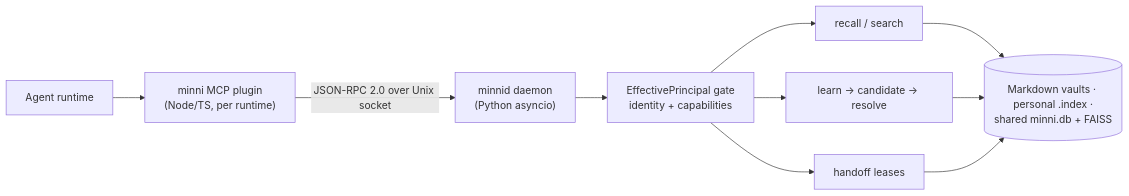
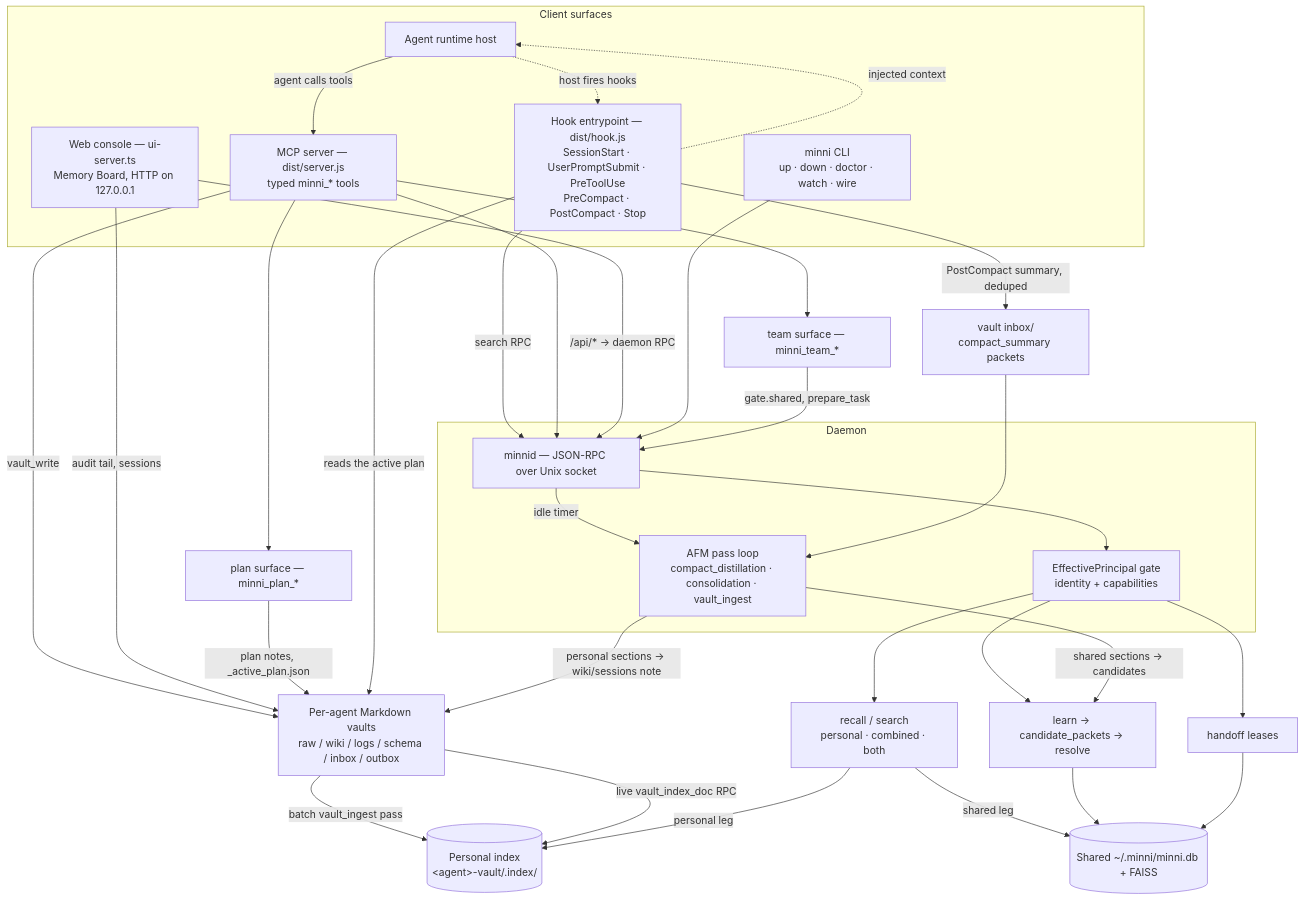
One commit to infektyd/minni changed the diagram in docs/architecture.md. Above: the diagram before and after it, drawn with Mermaid. The commit also changed other lines of this file and 1 other file, not shown here.

First paragraph of the commit message:
docs(readme): apply the 2026-08-01 audit and redesign the architecture diagram
Applies the accepted findings from the readme-audit run and, per the operator's
emphasis, rebuilds the Mermaid flowchart against the discovered topology.

````diff
--- a/docs/architecture.md
+++ b/docs/architecture.md
@@ -5,12 +12,59 @@
 ```mermaid
-flowchart LR
-    Agent["Agent runtime"] --> Plugin["minni MCP plugin<br/>(Node/TS, per runtime)"]
-    Plugin -->|JSON-RPC 2.0 over Unix socket| Daemon["minnid daemon<br/>(Python asyncio)"]
-    Daemon --> Gate["EffectivePrincipal gate<br/>identity + capabilities"]
-    Gate --> Recall["recall / search"]
-    Gate --> Learn["learn → candidate → resolve"]
-    Gate --> Handoff["handoff leases"]
-    Recall --> Stores[("Markdown vaults · personal .index ·<br/>shared minni.db + FAISS")]
-    Learn --> Stores
-    Handoff --> Stores
+flowchart TD
+    subgraph Clients["Client surfaces"]
+      Host["Agent runtime host"]
+      Hooks["Hook entrypoint — dist/hook.js<br/>SessionStart · UserPromptSubmit · PreToolUse<br/>PreCompact · PostCompact · Stop"]
+      Plugin["MCP server — dist/server.js<br/>typed minni_* tools"]
+      Console["Web console — ui-server.ts<br/>Memory Board, HTTP on 127.0.0.1"]
+      CLI["minni CLI<br/>up · down · doctor · watch · wire"]
+    end
+
+    subgraph Core["Daemon"]
+      Daemon["minnid — JSON-RPC over Unix socket"]
+      Gate["EffectivePrincipal gate<br/>identity + capabilities"]
+      AFM["AFM pass loop<br/>compact_distillation · consolidation · vault_ingest"]
+    end
+
+    Retrieval["recall / search<br/>personal · combined · both"]
+    Governance["learn → candidate_packets → resolve"]
+    Handoff["handoff leases"]
+    Plans["plan surface — minni_plan_*"]
+    Team["team surface — minni_team_*"]
+
+    Vaults["Per-agent Markdown vaults<br/>raw / wiki / logs / schema / inbox / outbox"]
+    Inbox["vault inbox/<br/>compact_summary packets"]
+    Personal[("Personal index<br/>&lt;agent&gt;-vault/.index/")]
+    Shared[("Shared ~/.minni/minni.db + FAISS")]
+
+    Host -.->|host fires hooks| Hooks
+    Host -->|agent calls tools| Plugin
+    Hooks -->|search RPC| Daemon
+    Hooks -.->|injected context| Host
+    Hooks -->|PostCompact summary, deduped| Inbox
+    Plugin --> Daemon
+    Plugin --> Plans
+    Plugin --> Team
+    Plugin -->|vault_write| Vaults
+    Console -->|/api/* → daemon RPC| Daemon
+    Console -->|audit tail, sessions| Vaults
+    CLI --> Daemon
+    Team -->|gate.shared, prepare_task| Daemon
+    Plans -->|plan notes, _active_plan.json| Vaults
+    Hooks -->|reads the active plan| Vaults
+
+    Daemon --> Gate
+    Gate --> Retrieval
+    Gate --> Governance
+    Gate --> Handoff
+    Daemon -->|idle timer| AFM
+    Inbox --> AFM
+    AFM -->|shared sections → candidates| Governance
+    AFM -->|personal sections → wiki/sessions note| Vaults
+
+    Vaults -->|batch vault_ingest pass| Personal
+    Vaults -->|live vault_index_doc RPC| Personal
+    Retrieval -->|personal leg| Personal
+    Retrieval -->|shared leg| Shared
+    Governance --> Shared
+    Handoff --> Shared
 ```
````
